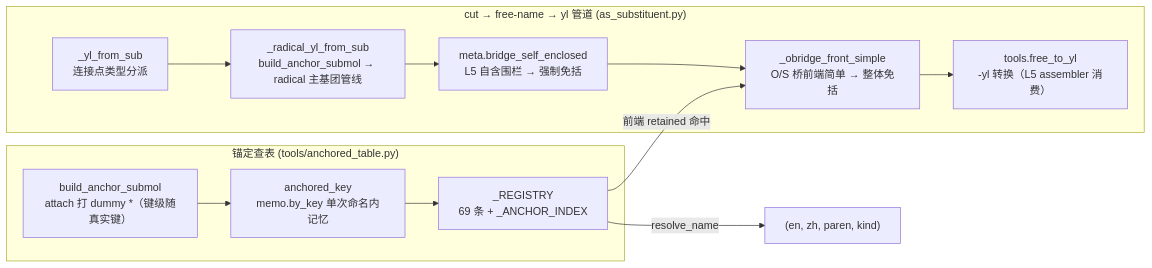
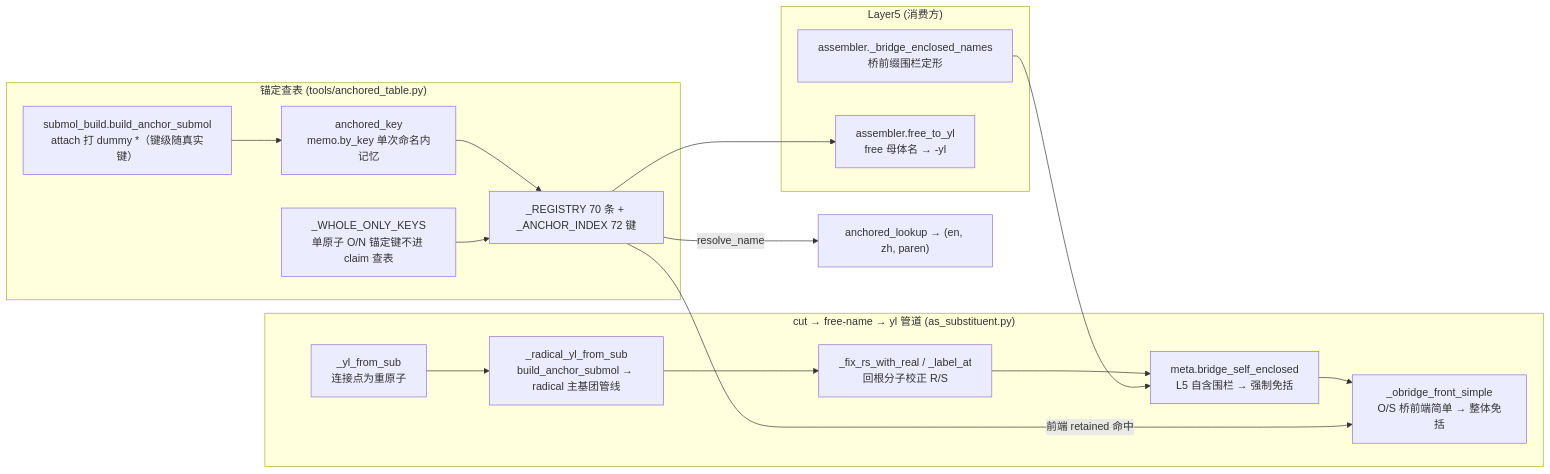
The second of 2 diagrams in docs/wiki/architecture/layer3-substituents.md (zouxiaofei1/OpenSMILES), drawn with Mermaid before and after one commit. The commit also changed other lines of this file and 18 other files, not shown here.

````diff
--- a/docs/wiki/architecture/layer3-substituents.md
+++ b/docs/wiki/architecture/layer3-substituents.md
@@ -181,25 +169,34 @@
 ```mermaid
 flowchart LR
     subgraph CUT["cut → free-name → yl 管道 (as_substituent.py)"]
-        YL["_yl_from_sub<br/>连接点类型分派"]
+        YL["_yl_from_sub<br/>连接点为重原子"]
         RAD["_radical_yl_from_sub<br/>build_anchor_submol → radical 主基团管线"]
+        RS["_fix_rs_with_real / _label_at<br/>回根分子校正 R/S"]
         BE["meta.bridge_self_enclosed<br/>L5 自含围栏 → 强制免括"]
         OB["_obridge_front_simple<br/>O/S 桥前端简单 → 整体免括"]
-        FY["tools.free_to_yl<br/>-yl 转换（L5 assembler 消费）"]
     end
 
     subgraph ANCHOR["锚定查表 (tools/anchored_table.py)"]
-        BA["build_anchor_submol<br/>attach 打 dummy *（键级随真实键）"]
+        BA["submol_build.build_anchor_submol<br/>attach 打 dummy *（键级随真实键）"]
         AK["anchored_key<br/>memo.by_key 单次命名内记忆"]
-        AT["_REGISTRY<br/>69 条 + _ANCHOR_INDEX"]
+        AT["_REGISTRY 70 条 + _ANCHOR_INDEX 72 键"]
+        WK["_WHOLE_ONLY_KEYS<br/>单原子 O/N 锚定键不进 claim 查表"]
+    end
+
+    subgraph L5["Layer5 (消费方)"]
+        NB["assembler._bridge_enclosed_names<br/>桥前缀围栏定形"]
+        FY["assembler.free_to_yl<br/>free 母体名 → -yl"]
     end
 
     YL --> RAD
-    RAD --> BE
+    RAD --> RS
+    RS --> BE
     BE --> OB
-    OB --> FY
     BA --> AK
     AK --> AT
-    AT -->|"resolve_name"| REG["(en, zh, paren, kind)"]
+    WK --> AT
+    AT -->|"resolve_name"| REG["anchored_lookup → (en, zh, paren)"]
     AT -->|"前端 retained 命中"| OB
+    NB --> BE
+    AT --> FY
 ```
````
